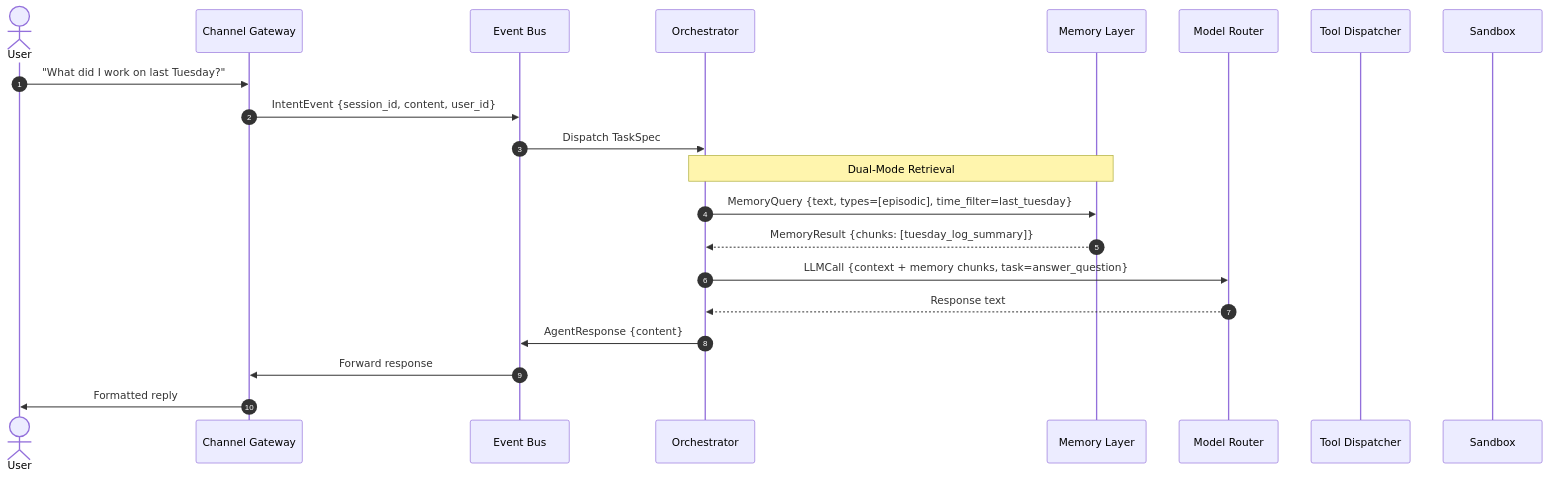
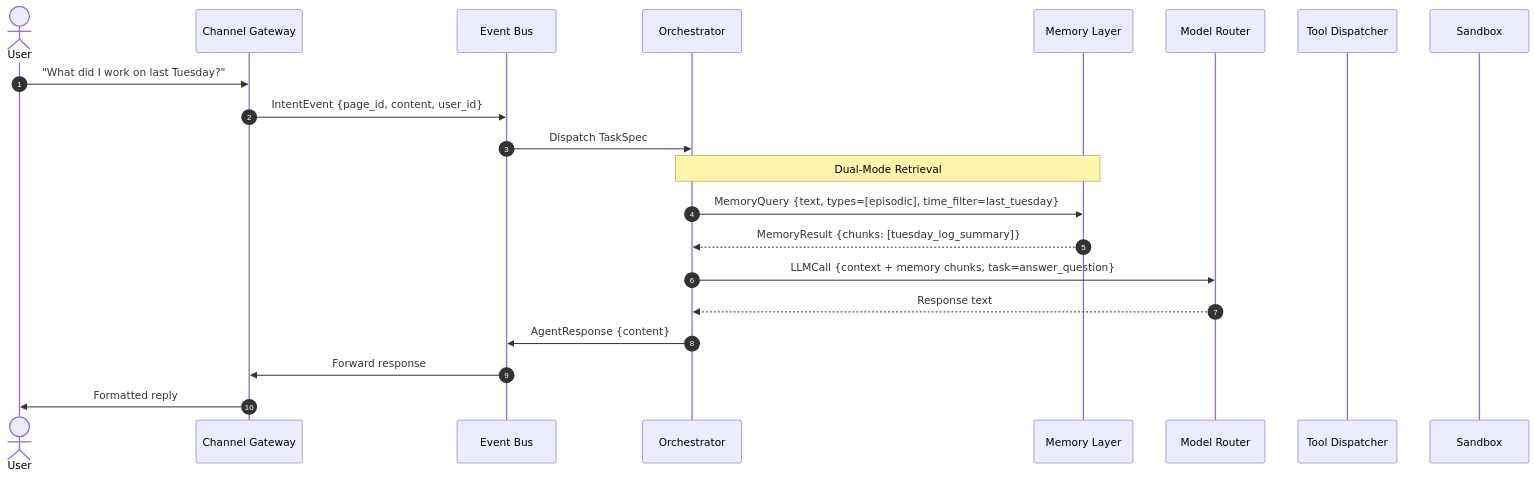
Before and after one commit to joker0210G/Hydragent: the first of 3 diagrams in doc/ARCHITECTURE.md, drawn with Mermaid. The commit also changed other lines of this file and 66 other files, not shown here.

````diff
--- a/doc/ARCHITECTURE.md
+++ b/doc/ARCHITECTURE.md
@@ -298,27 +303,27 @@
 ```mermaid
 sequenceDiagram
     autonumber
     actor User
     participant GW as Channel Gateway
     participant Bus as Event Bus
     participant Orch as Orchestrator
     participant Mem as Memory Layer
     participant Router as Model Router
     participant Disp as Tool Dispatcher
     participant SB as Sandbox
 
     User->>GW: "What did I work on last Tuesday?"
-    GW->>Bus: IntentEvent {session_id, content, user_id}
+    GW->>Bus: IntentEvent {page_id, content, user_id}
     Bus->>Orch: Dispatch TaskSpec
 
     Note over Orch,Mem: Dual-Mode Retrieval
     Orch->>Mem: MemoryQuery {text, types=[episodic], time_filter=last_tuesday}
     Mem-->>Orch: MemoryResult {chunks: [tuesday_log_summary]}
 
     Orch->>Router: LLMCall {context + memory chunks, task=answer_question}
     Router-->>Orch: Response text
 
     Orch->>Bus: AgentResponse {content}
     Bus->>GW: Forward response
     GW->>User: Formatted reply
 ```
````
